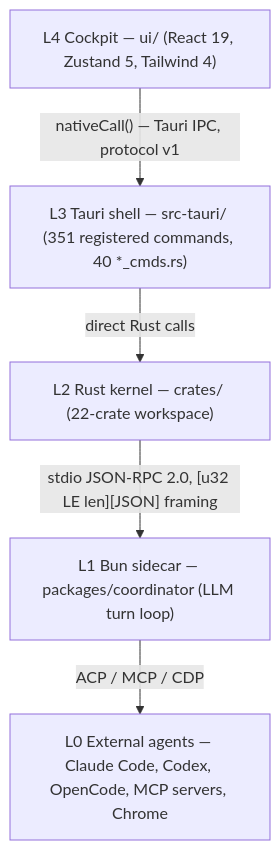
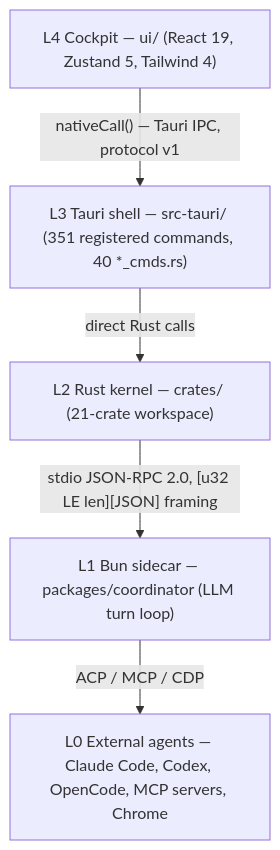
One commit to sarv-projects/EveryAIOS changed the diagram in docs/codebase/architecture.md. Above: the diagram before and after it, drawn with Mermaid. The commit also changed 7 other files, not shown here.

````diff
--- a/docs/codebase/architecture.md
+++ b/docs/codebase/architecture.md
@@ -10,7 +10,7 @@
 ```mermaid
 flowchart TD
     UI["L4 Cockpit — ui/ (React 19, Zustand 5, Tailwind 4)"] -->|"nativeCall() — Tauri IPC, protocol v1"| TAURI["L3 Tauri shell — src-tauri/ (351 registered commands, 40 *_cmds.rs)"]
-    TAURI -->|"direct Rust calls"| KERNEL["L2 Rust kernel — crates/ (22-crate workspace)"]
+    TAURI -->|"direct Rust calls"| KERNEL["L2 Rust kernel — crates/ (21-crate workspace)"]
     KERNEL -->|"stdio JSON-RPC 2.0, [u32 LE len][JSON] framing"| SIDECAR["L1 Bun sidecar — packages/coordinator (LLM turn loop)"]
     SIDECAR -->|"ACP / MCP / CDP"| L0["L0 External agents — Claude Code, Codex, OpenCode, MCP servers, Chrome"]
 ```
````
